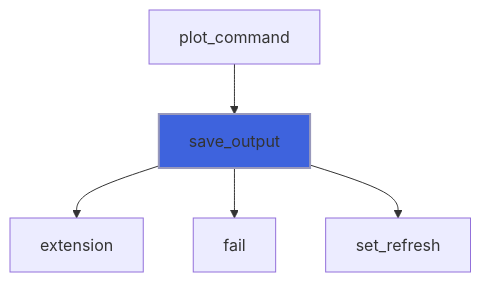
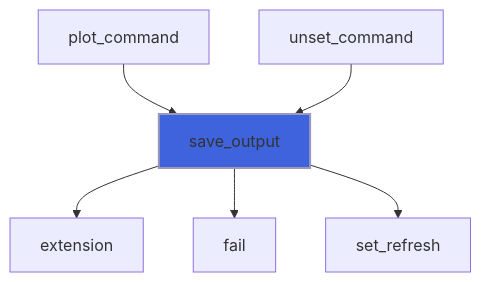
One commit to szaghi/foresight changed the eighth of 30 diagrams in docs/api/src/lib/foresight_script.md. Above: the diagram before and after it, drawn with Mermaid. The commit also changed other lines of this file and 17 other files, not shown here.

````diff
--- a/docs/api/src/lib/foresight_script.md
+++ b/docs/api/src/lib/foresight_script.md
@@ -329,8 +330,9 @@
 ```mermaid
 flowchart TD
   plot_command["plot_command"] --> save_output["save_output"]
+  unset_command["unset_command"] --> save_output["save_output"]
   save_output["save_output"] --> extension["extension"]
   save_output["save_output"] --> fail["fail"]
   save_output["save_output"] --> set_refresh["set_refresh"]
   style save_output fill:#3e63dd,stroke:#99b,stroke-width:2px
 ```
````
